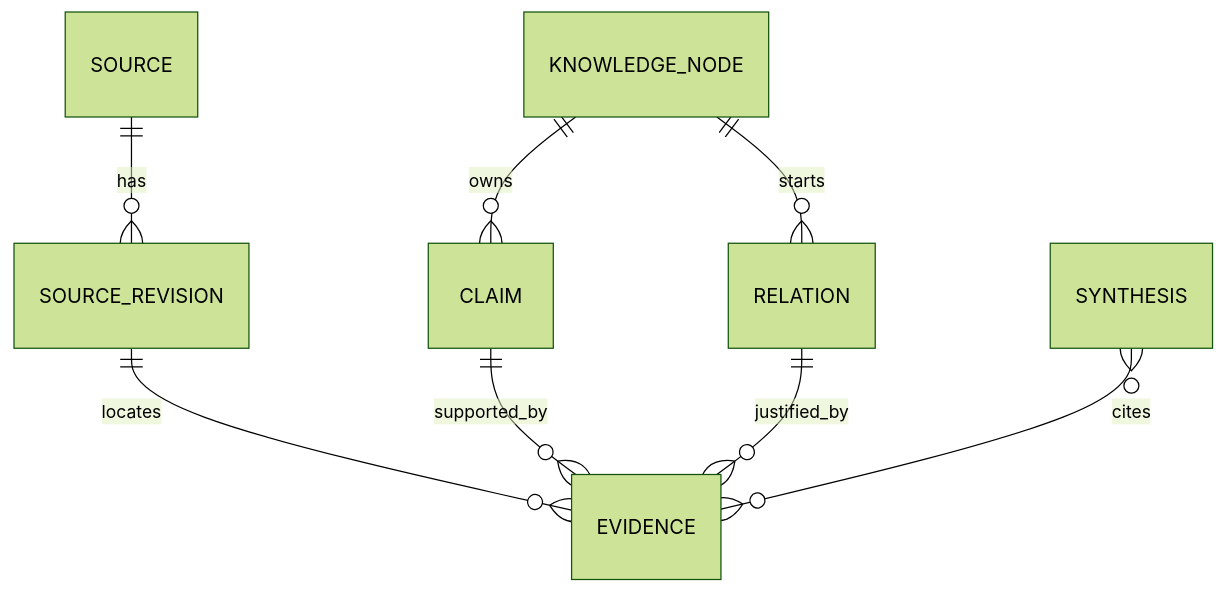
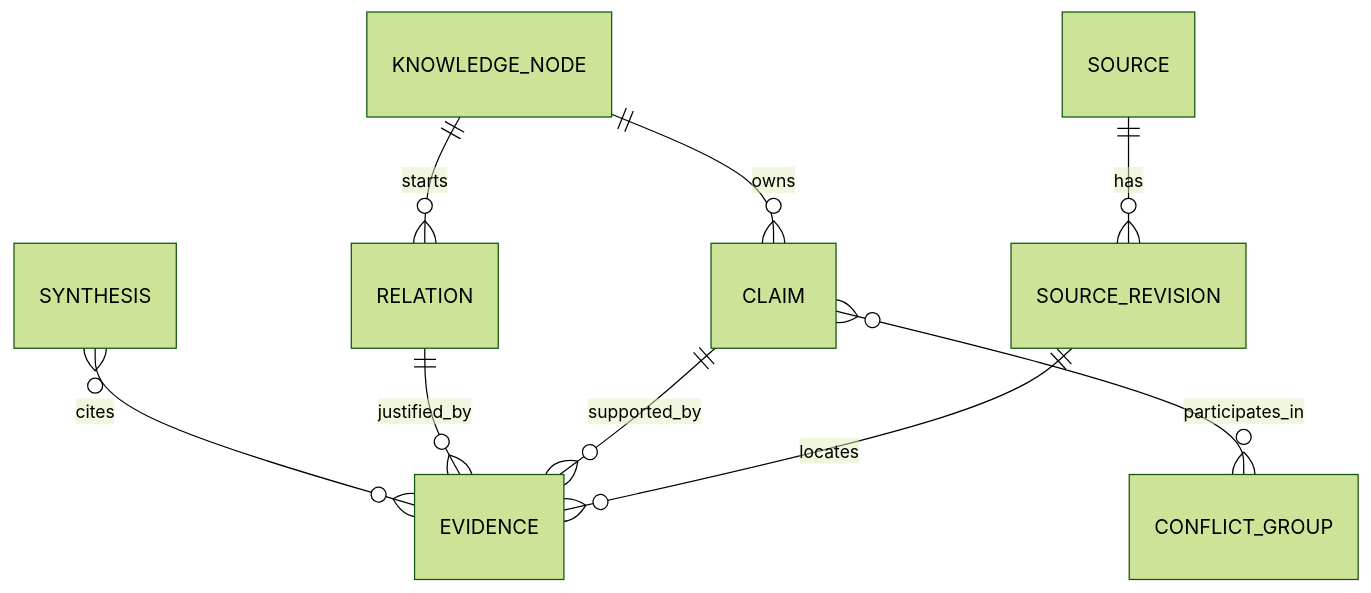
One commit to CaiZongyuan/knowmesh changed the third of 5 diagrams in docs/KnowMesh_v0.1_Technical_SPEC.md. Above: the diagram before and after it, drawn with Mermaid (forest theme). The commit also changed other lines of this file and 15 other files, not shown here.

````diff
--- a/docs/KnowMesh_v0.1_Technical_SPEC.md
+++ b/docs/KnowMesh_v0.1_Technical_SPEC.md
@@ -349,10 +351,11 @@
 ```mermaid
 erDiagram
     SOURCE ||--o{ SOURCE_REVISION : has
     SOURCE_REVISION ||--o{ EVIDENCE : locates
     KNOWLEDGE_NODE ||--o{ CLAIM : owns
     KNOWLEDGE_NODE ||--o{ RELATION : starts
     CLAIM ||--o{ EVIDENCE : supported_by
+    CLAIM }o--o{ CONFLICT_GROUP : participates_in
     RELATION ||--o{ EVIDENCE : justified_by
     SYNTHESIS }o--o{ EVIDENCE : cites
 ```
````
